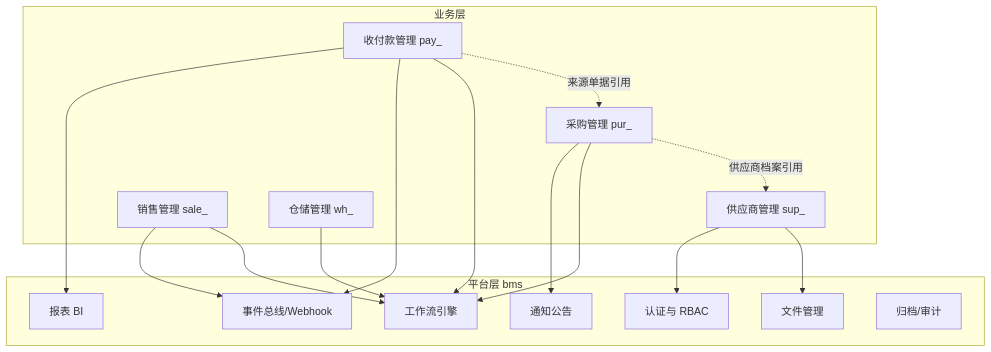
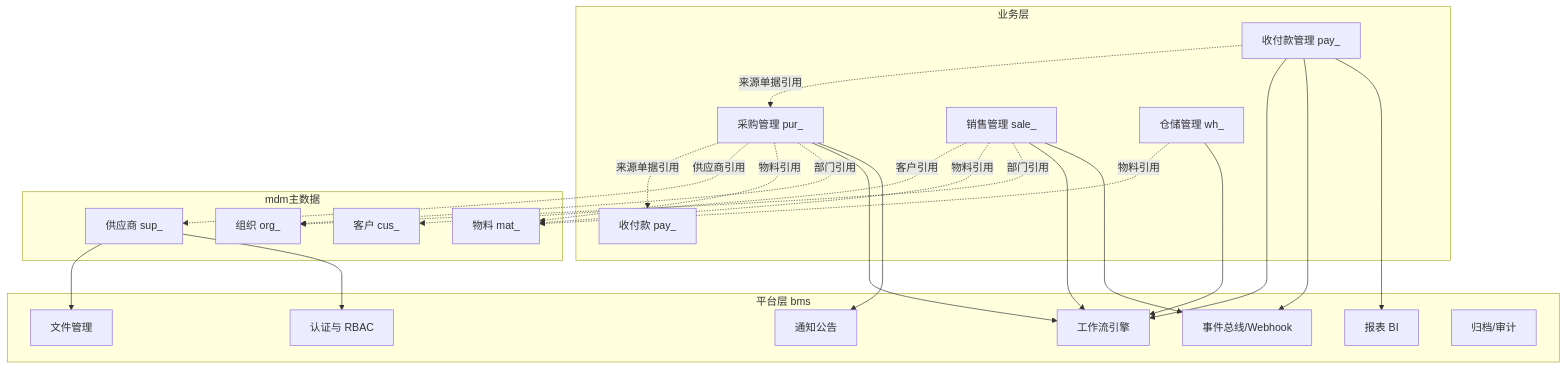
The diagram in biz文档/设计/架构设计/01_架构设计_总览.md (minjian123/business-operation-management), drawn with Mermaid before and after one commit. The commit also changed other lines of this file and 7 other files, not shown here.

````diff
--- a/biz文档/设计/架构设计/01_架构设计_总览.md
+++ b/biz文档/设计/架构设计/01_架构设计_总览.md
@@ -15,31 +15,43 @@
 ```mermaid
 graph TD
     subgraph 业务层
         PUR[采购管理 pur_]
         PAY[收付款管理 pay_]
-        SUP[供应商管理 sup_]
         SALE[销售管理 sale_]
         WH[仓储管理 wh_]
-        PUR -.供应商档案引用.-> SUP
+        PUR -.来源单据引用.-> PAY2[收付款 pay_]
         PAY -.来源单据引用.-> PUR
+    end
+    subgraph mdm主数据
+        SUP[供应商 sup_]
+        CUS[客户 cus_]
+        MAT[物料 mat_]
+        ORG[组织 org_]
+        PUR -.供应商引用.-> SUP
+        SALE -.客户引用.-> CUS
+        PUR -.物料引用.-> MAT
+        SALE -.物料引用.-> MAT
+        WH -.物料引用.-> MAT
+        PUR -.部门引用.-> ORG
+        SALE -.部门引用.-> ORG
     end
     subgraph 平台层 bms
         AUTH[认证与 RBAC]
         WF[工作流引擎]
         NOTI[通知公告]
         EVT[事件总线/Webhook]
         RPT[报表 BI]
         FILE[文件管理]
         AR[归档/审计]
     end
     PUR --> WF
     PUR --> NOTI
     PAY --> WF
     PAY --> EVT
     PAY --> RPT
     SALE --> WF
     SALE --> EVT
     WH --> WF
     SUP --> FILE
     SUP --> AUTH
 ```
````
